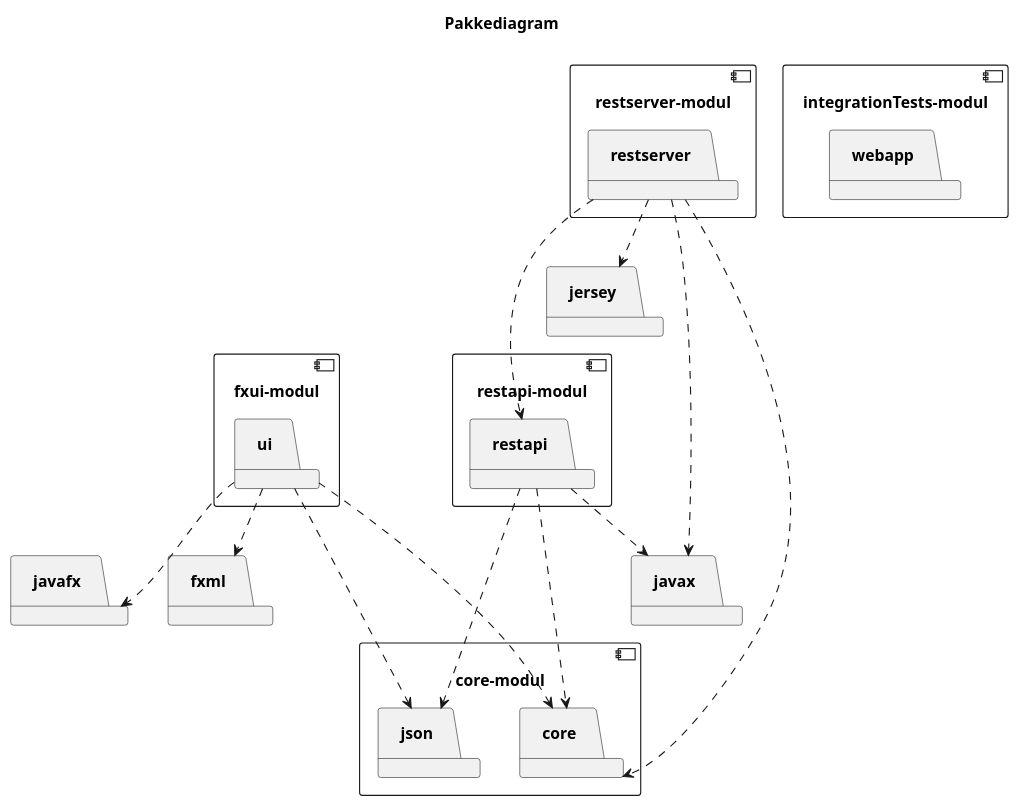
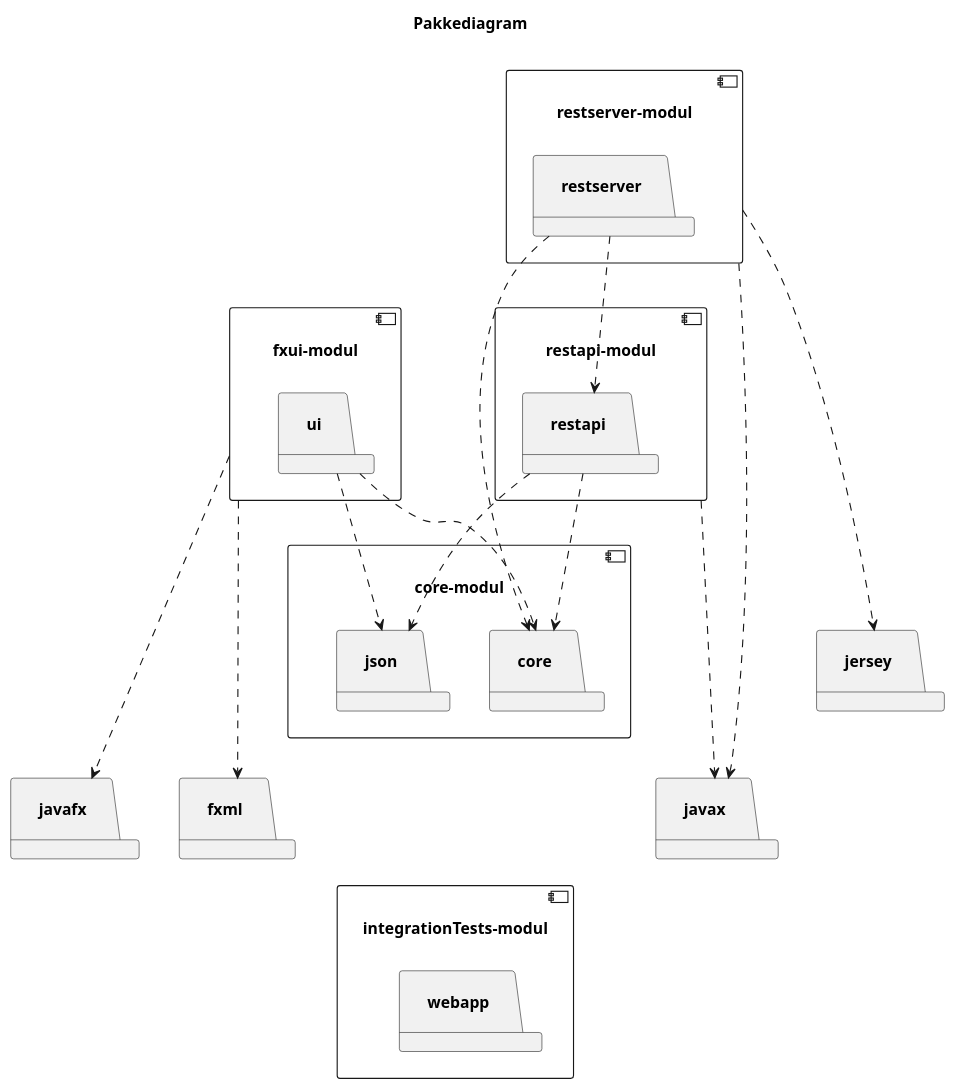
The second of 2 diagrams in trainingLogger/README.md (jarlsondre/TrainingLogger), drawn with PlantUML before and after one commit. The commit also changed other lines of this file, not shown here.

Commit message:
Oppdatert utkast til pakkediagrammet

````diff
--- a/trainingLogger/README.md
+++ b/trainingLogger/README.md
@@ -190,50 +189,56 @@
 ```plantuml 
+
 
 Title Pakkediagram
 
-skinparam Padding 10
+Skinparam Padding 15
 
-    
-component "core-modul" {
+
+component integrationTests-modul as IntModul{
+  package webapp
+}    
+
+component "core-modul" as CoreModul {
     package core
     package json
 }
 
-component "fxui-modul" {
+component fxui-modul as FXModul {
   package ui
 }
 
-component "integrationTests-modul" {
-  package webapp
-}
 
-component "restapi-modul" {
+
+component restapi-modul as APIModul{
   package restapi
 }
 
-component "restserver-modul" {
+component restserver-modul as ServerModul {
     package restserver
   
 }
 
-package "javafx" 
-package "fxml"
-package "javax"
-package "jersey"
+package javafx
+package fxml
+package javax
+package jersey
 
 
-restserver ...> restapi
-restserver ...> core
-restapi ...> core
-restapi ...> json
-ui ...> core
-ui ...> json
+restserver ..> restapi
+restserver ..> core
+restapi ..> core
+restapi ..> json
+ui ..> core
+ui ..> json
 
-ui ..> javafx
-ui ..> fxml
-restserver ..> jersey 
-restserver ..> javax
-restapi ..> javax
+FXModul ...> javafx
+FXModul ...> fxml
+ServerModul ...> jersey 
+ServerModul ...> javax
+APIModul ...> javax
+
+CoreModul -[hidden]down-- IntModul
+
 
 
 ```
````
